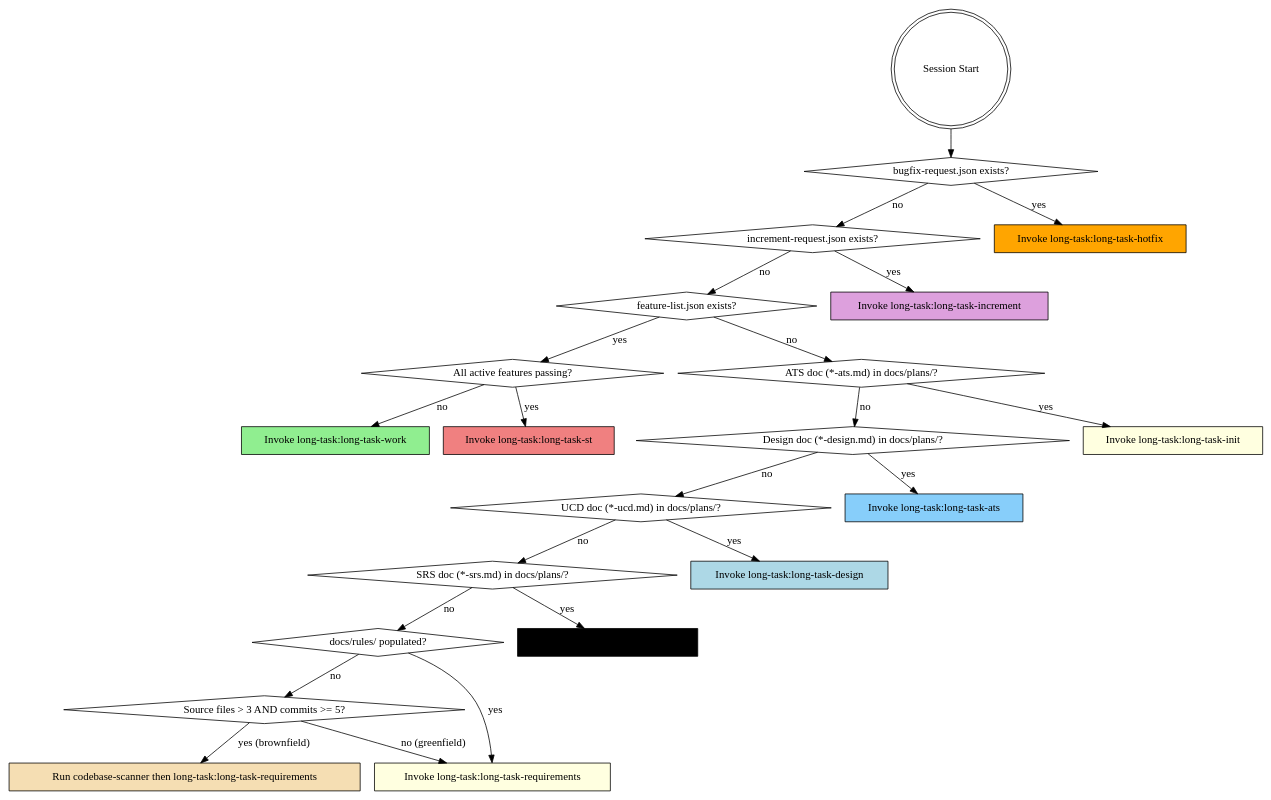
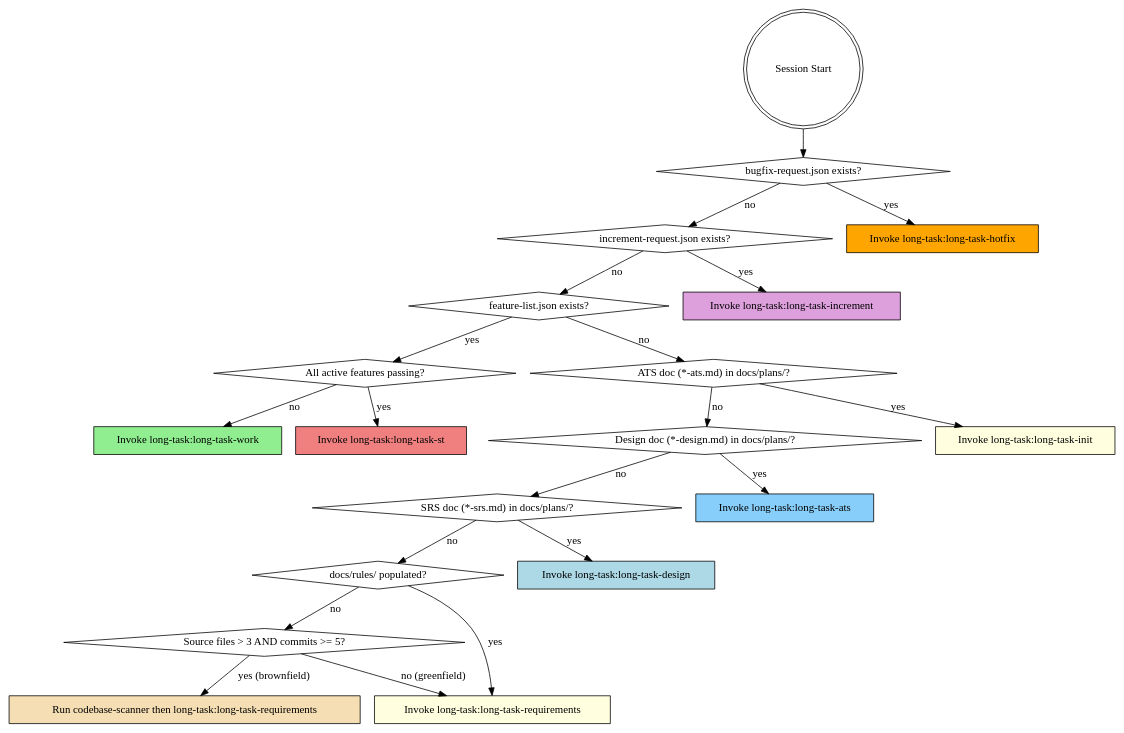
The diagram in skills/using-long-task/SKILL.md (suriyel/longtaskforagent), drawn with Graphviz before and after one commit. The commit also changed other lines of this file and 63 other files, not shown here.

````diff
--- a/skills/using-long-task/SKILL.md
+++ b/skills/using-long-task/SKILL.md
@@ -22,47 +22,43 @@
 ```dot
 digraph phase_detection {
     "Session Start" [shape=doublecircle];
     "bugfix-request.json exists?" [shape=diamond];
     "increment-request.json exists?" [shape=diamond];
     "feature-list.json exists?" [shape=diamond];
     "All active features passing?" [shape=diamond];
     "Design doc (*-design.md) in docs/plans/?" [shape=diamond];
     "ATS doc (*-ats.md) in docs/plans/?" [shape=diamond];
-    "UCD doc (*-ucd.md) in docs/plans/?" [shape=diamond];
     "SRS doc (*-srs.md) in docs/plans/?" [shape=diamond];
     "docs/rules/ populated?" [shape=diamond];
     "Source files > 3 AND commits >= 5?" [shape=diamond];
     "Invoke long-task:long-task-hotfix" [shape=box style=filled fillcolor=orange];
     "Invoke long-task:long-task-increment" [shape=box style=filled fillcolor=plum];
     "Invoke long-task:long-task-requirements" [shape=box style=filled fillcolor=lightyellow];
     "Run codebase-scanner then long-task:long-task-requirements" [shape=box style=filled fillcolor=wheat];
-    "Invoke long-task:long-task-ucd" [shape=box style=filled fillcolor=lightorange];
     "Invoke long-task:long-task-design" [shape=box style=filled fillcolor=lightblue];
     "Invoke long-task:long-task-ats" [shape=box style=filled fillcolor=lightskyblue];
     "Invoke long-task:long-task-init" [shape=box style=filled fillcolor=lightyellow];
     "Invoke long-task:long-task-work" [shape=box style=filled fillcolor=lightgreen];
     "Invoke long-task:long-task-st" [shape=box style=filled fillcolor=lightcoral];
 
     "Session Start" -> "bugfix-request.json exists?";
     "bugfix-request.json exists?" -> "Invoke long-task:long-task-hotfix" [label="yes"];
     "bugfix-request.json exists?" -> "increment-request.json exists?" [label="no"];
     "increment-request.json exists?" -> "Invoke long-task:long-task-increment" [label="yes"];
     "increment-request.json exists?" -> "feature-list.json exists?" [label="no"];
     "feature-list.json exists?" -> "All active features passing?" [label="yes"];
     "All active features passing?" -> "Invoke long-task:long-task-st" [label="yes"];
     "All active features passing?" -> "Invoke long-task:long-task-work" [label="no"];
     "feature-list.json exists?" -> "ATS doc (*-ats.md) in docs/plans/?" [label="no"];
     "ATS doc (*-ats.md) in docs/plans/?" -> "Invoke long-task:long-task-init" [label="yes"];
     "ATS doc (*-ats.md) in docs/plans/?" -> "Design doc (*-design.md) in docs/plans/?" [label="no"];
     "Design doc (*-design.md) in docs/plans/?" -> "Invoke long-task:long-task-ats" [label="yes"];
-    "Design doc (*-design.md) in docs/plans/?" -> "UCD doc (*-ucd.md) in docs/plans/?" [label="no"];
-    "UCD doc (*-ucd.md) in docs/plans/?" -> "Invoke long-task:long-task-design" [label="yes"];
-    "UCD doc (*-ucd.md) in docs/plans/?" -> "SRS doc (*-srs.md) in docs/plans/?" [label="no"];
-    "SRS doc (*-srs.md) in docs/plans/?" -> "Invoke long-task:long-task-ucd" [label="yes"];
+    "Design doc (*-design.md) in docs/plans/?" -> "SRS doc (*-srs.md) in docs/plans/?" [label="no"];
+    "SRS doc (*-srs.md) in docs/plans/?" -> "Invoke long-task:long-task-design" [label="yes"];
     "SRS doc (*-srs.md) in docs/plans/?" -> "docs/rules/ populated?" [label="no"];
     "docs/rules/ populated?" -> "Invoke long-task:long-task-requirements" [label="yes"];
     "docs/rules/ populated?" -> "Source files > 3 AND commits >= 5?" [label="no"];
     "Source files > 3 AND commits >= 5?" -> "Run codebase-scanner then long-task:long-task-requirements" [label="yes (brownfield)"];
     "Source files > 3 AND commits >= 5?" -> "Invoke long-task:long-task-requirements" [label="no (greenfield)"];
 }
 ```
````
